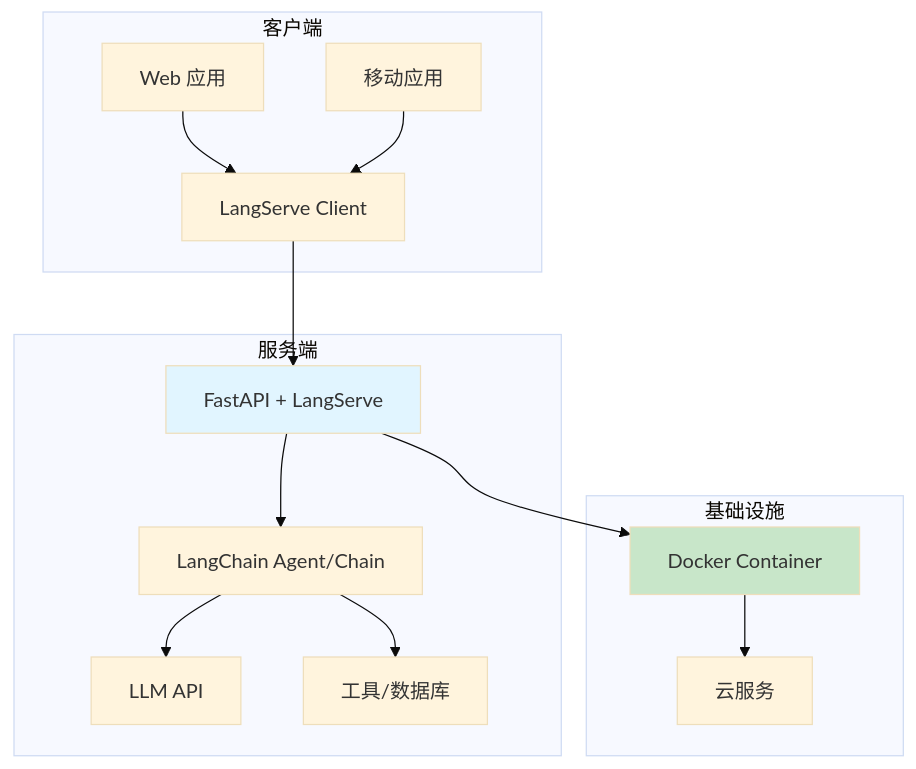
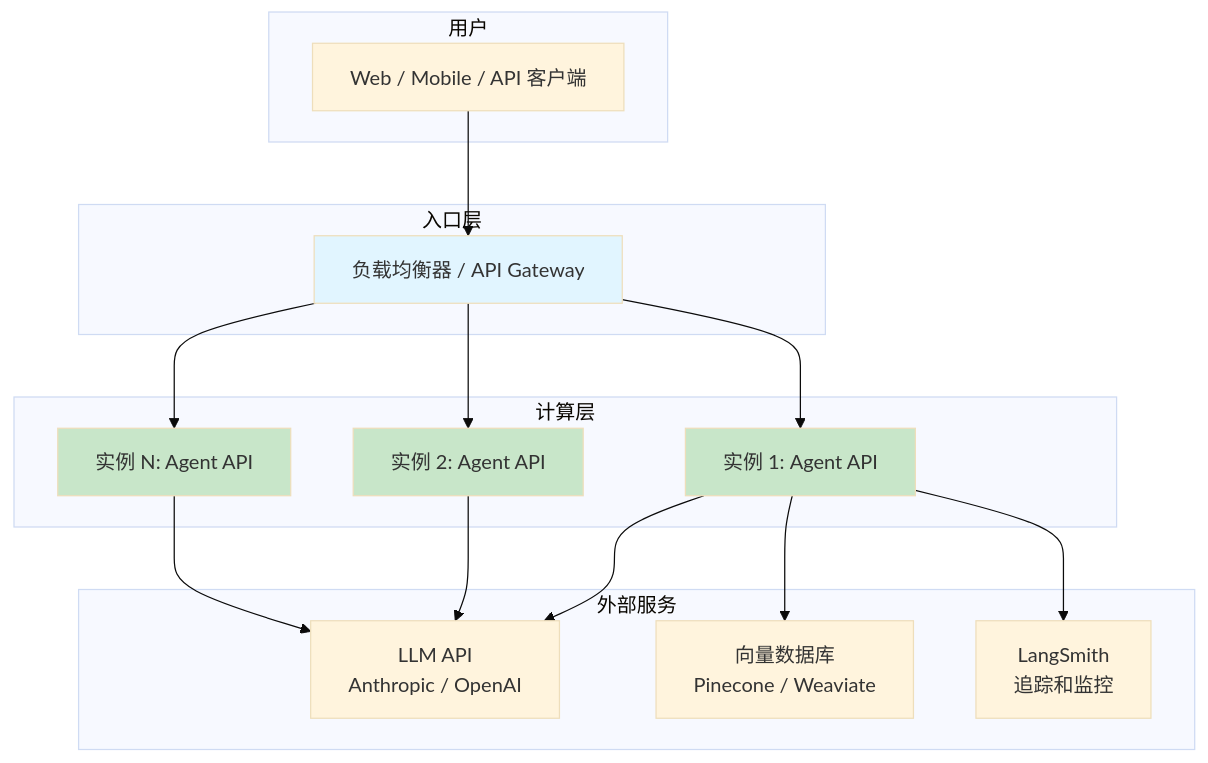
One commit to Allen619/FrameLab changed the diagram in docs/ai/langchain/guide/deployment.md. Above: the diagram before and after it, drawn with Mermaid (base theme). The commit also changed other lines of this file and 199 other files, not shown here.

````diff
--- a/docs/ai/langchain/guide/deployment.md
+++ b/docs/ai/langchain/guide/deployment.md
@@ -23,22 +393,37 @@
 ```mermaid
 graph TB
-    subgraph "客户端"
-        A[Web 应用] --> B[LangServe Client]
-        C[移动应用] --> B
+    subgraph "用户"
+        A[Web / Mobile / API 客户端]
     end
 
-    subgraph "服务端"
-        B --> D[FastAPI + LangServe]
-        D --> E[LangChain Agent/Chain]
-        E --> F[LLM API]
-        E --> G[工具/数据库]
+    subgraph "入口层"
+        B[负载均衡器 / API Gateway]
     end
 
-    subgraph "基础设施"
-        D --> H[Docker Container]
-        H --> I[云服务]
+    subgraph "计算层"
+        C1[实例 1: Agent API]
+        C2[实例 2: Agent API]
+        C3[实例 N: Agent API]
     end
 
-    style D fill:#e1f5ff
-    style H fill:#c8e6c9
+    subgraph "外部服务"
+        D[LLM API<br/>Anthropic / OpenAI]
+        E[向量数据库<br/>Pinecone / Weaviate]
+        F[LangSmith<br/>追踪和监控]
+    end
+
+    A --> B
+    B --> C1
+    B --> C2
+    B --> C3
+    C1 --> D
+    C1 --> E
+    C1 --> F
+    C2 --> D
+    C3 --> D
+
+    style B fill:#e1f5ff
+    style C1 fill:#c8e6c9
+    style C2 fill:#c8e6c9
+    style C3 fill:#c8e6c9
 ```
````
